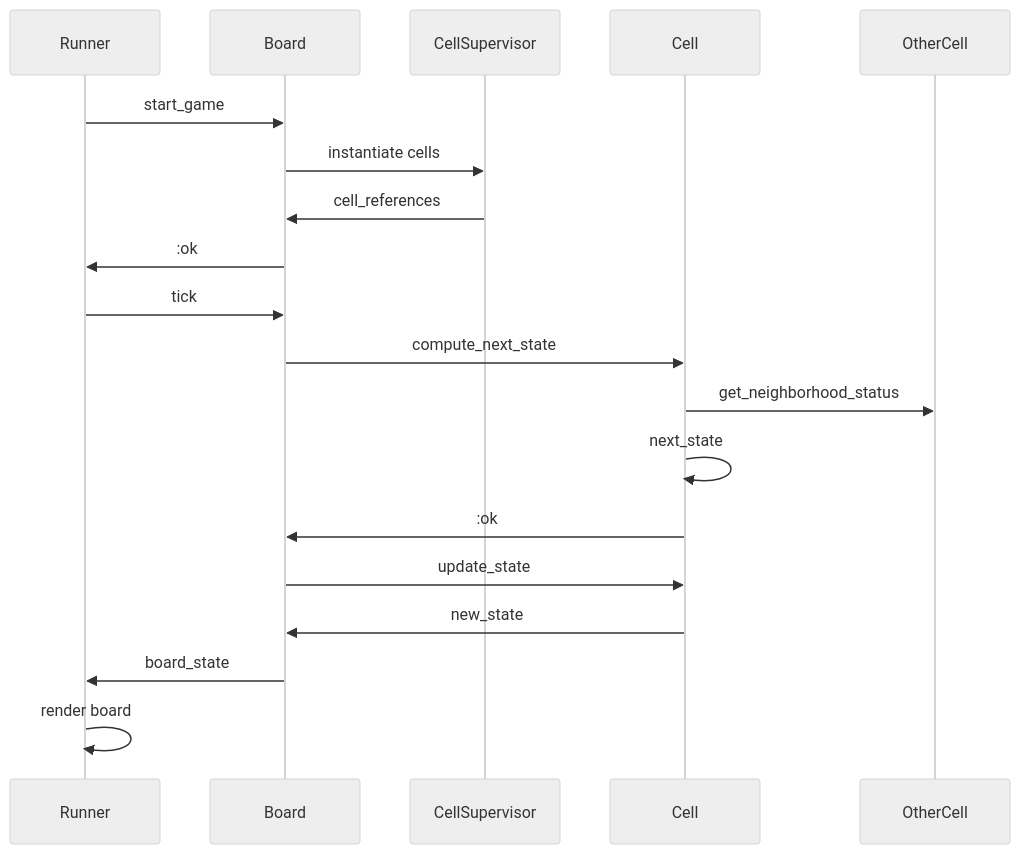
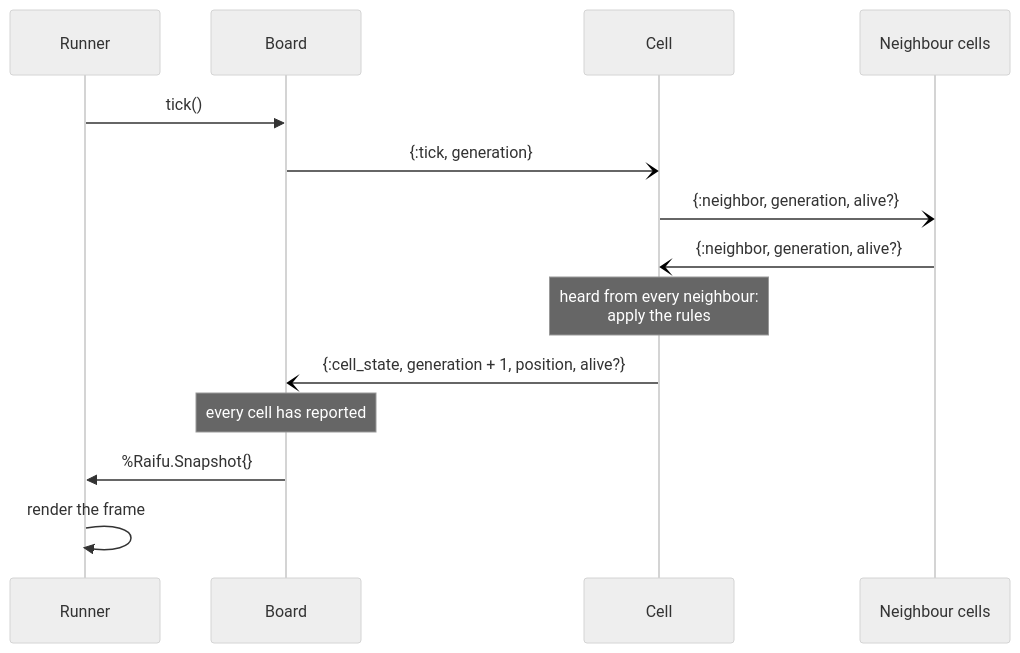
The diagram in README.md (srozen/raifu), drawn with Mermaid (neutral theme) before and after one commit. The commit also changed other lines of this file and 32 other files, not shown here.

````diff
--- a/README.md
+++ b/README.md
@@ -14,22 +77,17 @@
 ```mermaid
 sequenceDiagram
     participant Runner
     participant Board
-    participant CellSupervisor
     participant Cell
-    participant OtherCell
+    participant Neighbours as Neighbour cells
 
-    Runner->>Board: start_game
-    Board->>CellSupervisor: instantiate cells
-    CellSupervisor->>Board: cell_references
-    Board->>Runner: :ok
-    Runner->>Board: tick
-    Board->>Cell: compute_next_state
-    Cell->>OtherCell: get_neighborhood_status
-    Cell->>Cell: next_state
-    Cell->>Board: :ok
-    Board->>Cell: update_state
-    Cell->>Board: new_state
-    Board->>Runner: board_state
-    Runner->>Runner: render board
+    Runner->>Board: tick()
+    Board-)Cell: {:tick, generation}
+    Cell-)Neighbours: {:neighbor, generation, alive?}
+    Neighbours-)Cell: {:neighbor, generation, alive?}
+    Note over Cell: heard from every neighbour:<br/>apply the rules
+    Cell-)Board: {:cell_state, generation + 1, position, alive?}
+    Note over Board: every cell has reported
+    Board->>Runner: %Raifu.Snapshot{}
+    Runner->>Runner: render the frame
 ```
````
